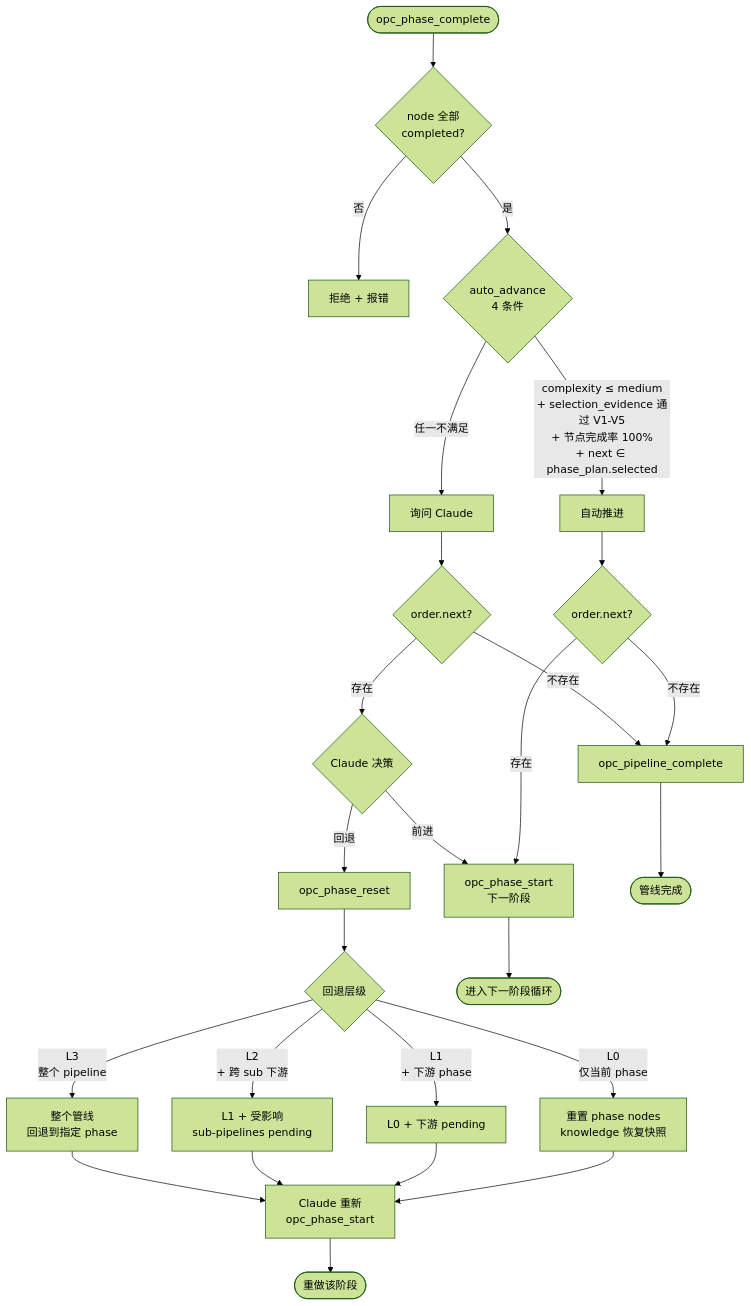
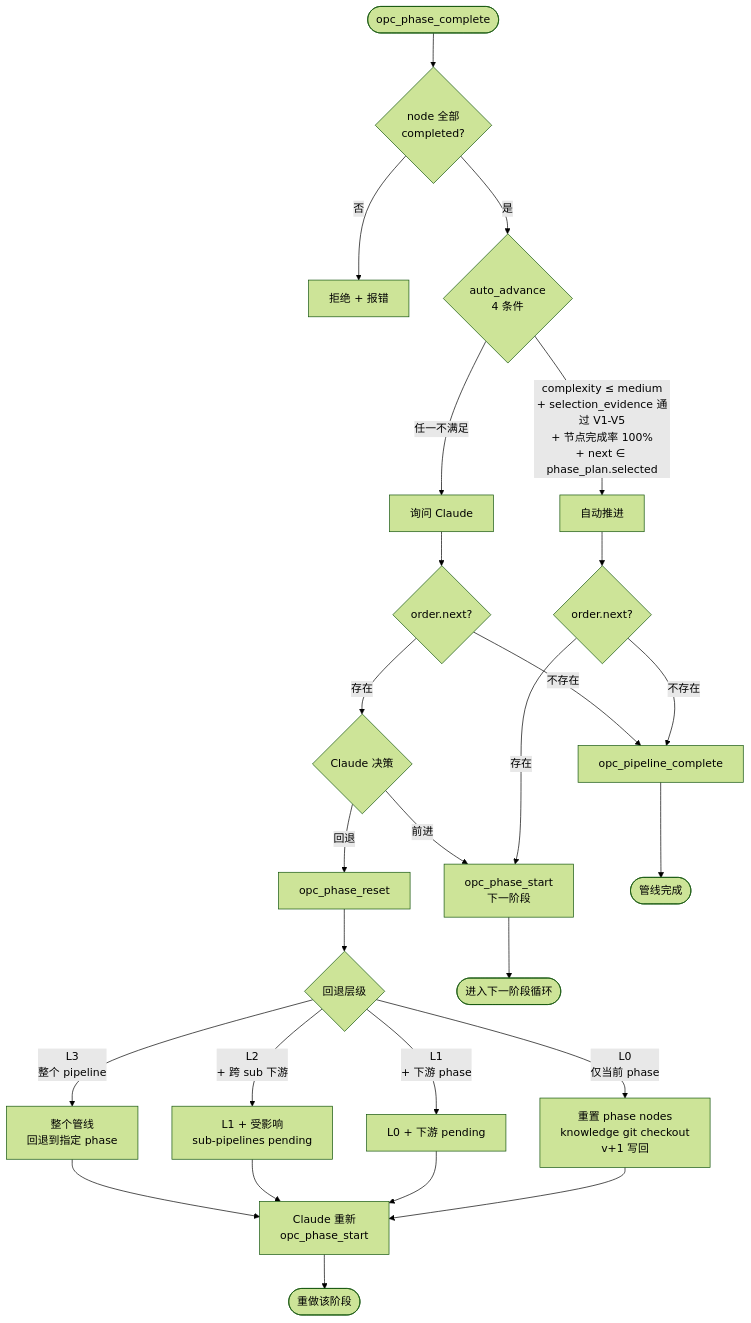
Before and after one commit to CaffeineOddity/opc-marketplace: the second of 2 diagrams in doc/feature/02-opc-state-server/03-phase/00_overview.md, drawn with Mermaid (forest theme). The commit also changed other lines of this file and 42 other files, not shown here.

````diff
--- a/doc/feature/02-opc-state-server/03-phase/00_overview.md
+++ b/doc/feature/02-opc-state-server/03-phase/00_overview.md
@@ -80,36 +80,36 @@
 ```mermaid
 flowchart TD
     Complete([opc_phase_complete]) --> Check{node 全部<br/>completed?}
     Check -->|否| Err[拒绝 + 报错]
     Check -->|是| Auto{auto_advance<br/>4 条件}
 
     Auto -->|complexity ≤ medium<br/>+ selection_evidence 通过 V1-V5<br/>+ 节点完成率 100%<br/>+ next ∈ phase_plan.selected| AA[自动推进]
     Auto -->|任一不满足| Ask[询问 Claude]
 
     AA --> Next{order.next?}
     Ask --> NextA{order.next?}
 
     Next -->|存在| StartNext[opc_phase_start<br/>下一阶段]
     Next -->|不存在| PC[opc_pipeline_complete]
 
     NextA -->|存在| Decide{Claude 决策}
     NextA -->|不存在| PC
 
     Decide -->|前进| StartNext
     Decide -->|回退| Reset[opc_phase_reset]
 
     Reset --> RType{回退层级}
-    RType -->|L0<br/>仅当前 phase| L0[重置 phase nodes<br/>knowledge 恢复快照]
+    RType -->|L0<br/>仅当前 phase| L0[重置 phase nodes<br/>knowledge git checkout<br/>v+1 写回]
     RType -->|L1<br/>+ 下游 phase| L1[L0 + 下游 pending]
     RType -->|L2<br/>+ 跨 sub 下游| L2[L1 + 受影响<br/>sub-pipelines pending]
     RType -->|L3<br/>整个 pipeline| L3[整个管线<br/>回退到指定 phase]
 
     L0 --> Resume[Claude 重新<br/>opc_phase_start]
     L1 --> Resume
     L2 --> Resume
     L3 --> Resume
 
     StartNext --> EndN([进入下一阶段循环])
     Resume --> EndR([重做该阶段])
     PC --> EndP([管线完成])
 ```
````
